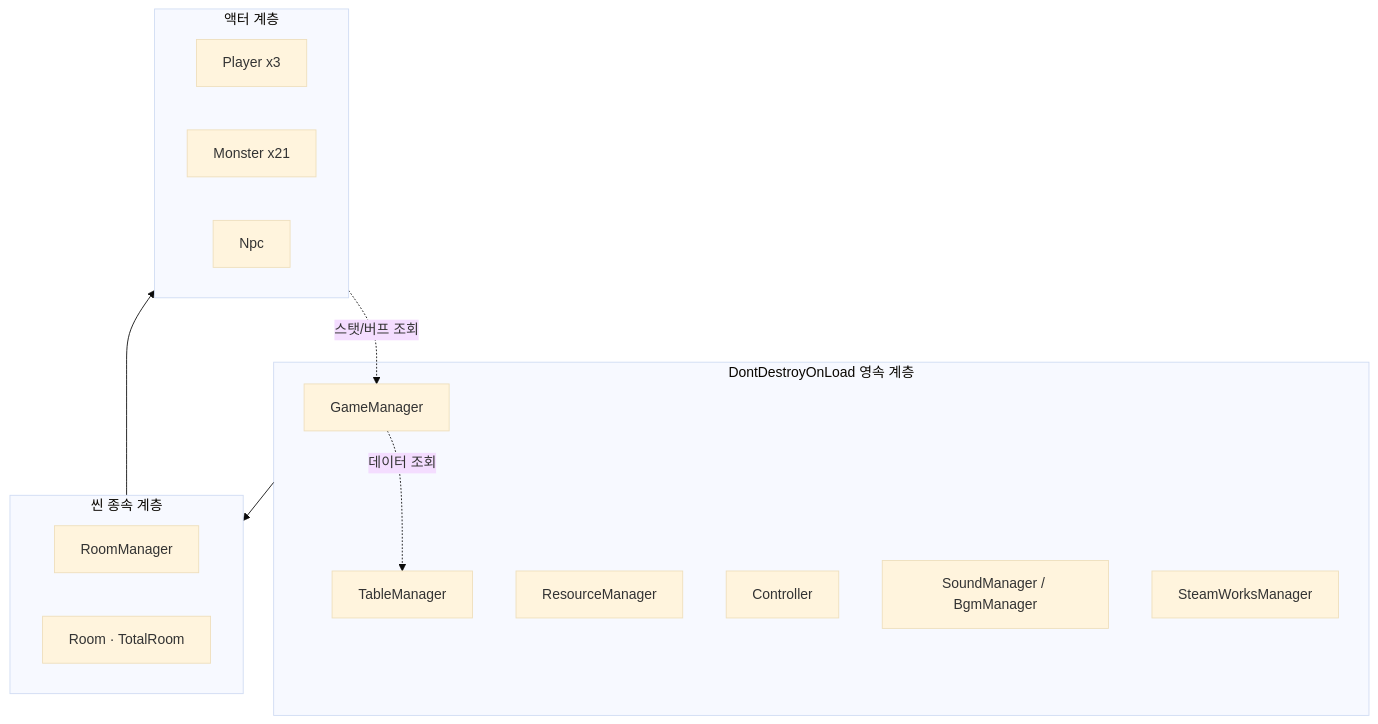
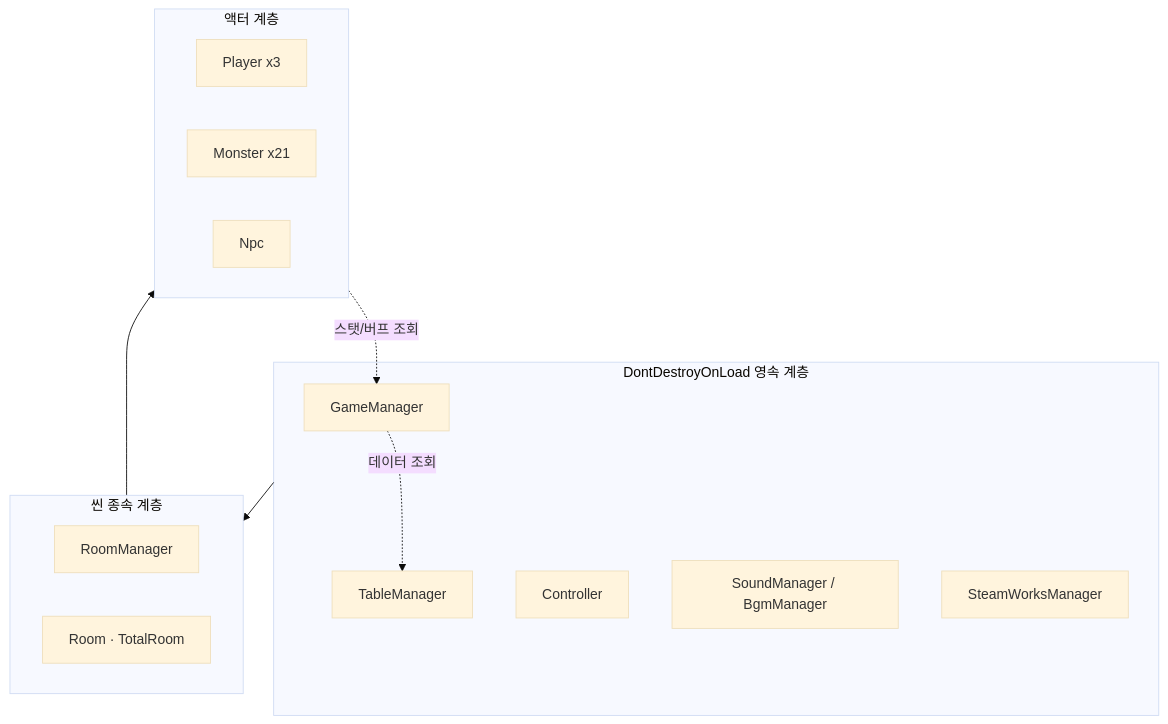
Before and after one commit to wjfeowjr/UpgradeAction-Portfolio: the first of 5 diagrams in docs/ARCHITECTURE.md, drawn with Mermaid (base theme). The commit also changed other lines of this file and 1 other file, not shown here.

````diff
--- a/docs/ARCHITECTURE.md
+++ b/docs/ARCHITECTURE.md
@@ -37,27 +37,26 @@
 ```mermaid
 flowchart TB
     subgraph Persist["DontDestroyOnLoad 영속 계층"]
         GM[GameManager]
         TM[TableManager]
-        RES[ResourceManager]
         CT[Controller]
         SND[SoundManager / BgmManager]
         STM[SteamWorksManager]
     end
 
     subgraph Scene["씬 종속 계층"]
         RM[RoomManager]
         ROOM[Room · TotalRoom]
     end
 
     subgraph Actor["액터 계층"]
         PL[Player x3]
         MON[Monster x21]
         NPC[Npc]
     end
 
     Persist --> Scene
     Scene --> Actor
     GM -.데이터 조회.-> TM
     Actor -.스탯/버프 조회.-> GM
 ```
````
